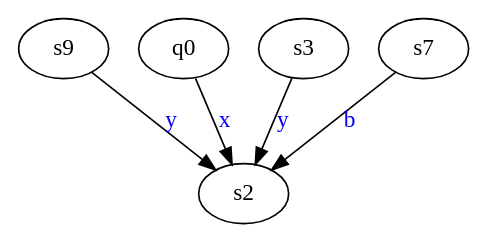
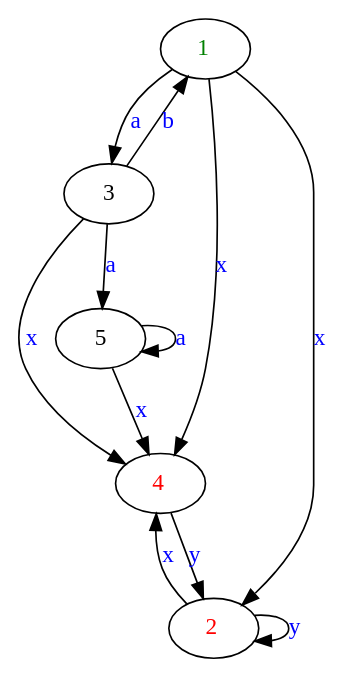
The diagram in assets/main.dot (SmartPhoneJava/compiler-design), drawn with Graphviz before and after one commit. The commit also changed 35 other files, not shown here.

```diff
--- a/assets/main.dot
+++ b/assets/main.dot
@@ -1,12 +1,19 @@
 digraph G {
-	"s9"->"s2"[ label=<<font color="blue">y</font>> ];
-	"q0"->"s2"[ label=<<font color="blue">x</font>> ];
-	"s3"->"s2"[ label=<<font color="blue">y</font>> ];
-	"s7"->"s2"[ label=<<font color="blue">b</font>> ];
-	"q0";
-	"s2";
-	"s3";
-	"s7";
-	"s9";
+	"5"->"5"[ label=<<font color="blue">a</font>> ];
+	"2"->"2"[ label=<<font color="blue">y</font>> ];
+	"3"->"1"[ label=<<font color="blue">b</font>> ];
+	"4"->"2"[ label=<<font color="blue">y</font>> ];
+	"1"->"4"[ label=<<font color="blue">x</font>> ];
+	"1"->"3"[ label=<<font color="blue">a</font>> ];
+	"5"->"4"[ label=<<font color="blue">x</font>> ];
+	"1"->"2"[ label=<<font color="blue">x</font>> ];
+	"2"->"4"[ label=<<font color="blue">x</font>> ];
+	"3"->"4"[ label=<<font color="blue">x</font>> ];
+	"3"->"5"[ label=<<font color="blue">a</font>> ];
+	"1" [ label=<<font color="green">1</font>> ];
+	"2" [ label=<<font color="red">2</font>> ];
+	"3";
+	"4" [ label=<<font color="red">4</font>> ];
+	"5";
 
 }
```
